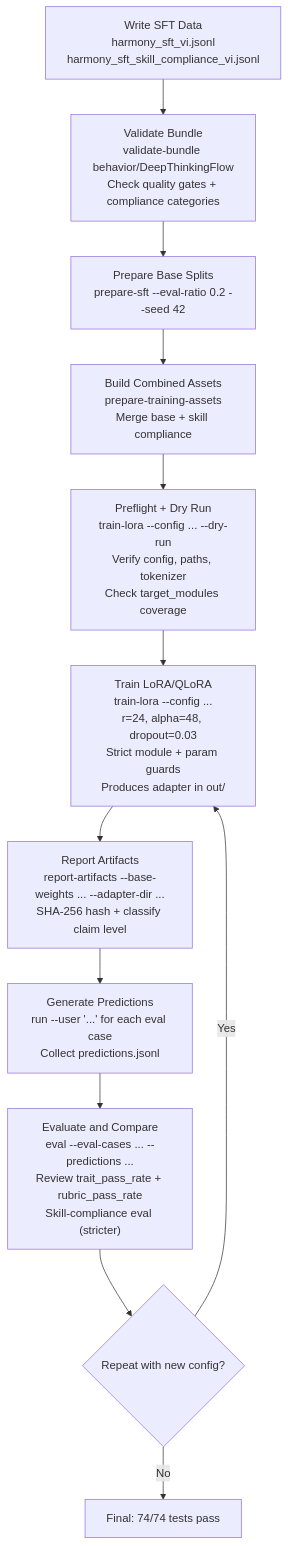
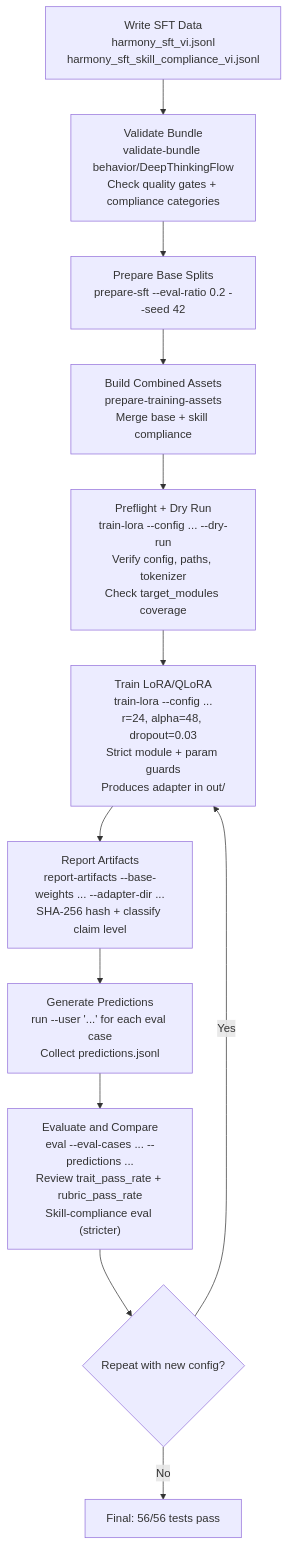
The ninth of 14 diagrams in README.md (DeepThinkingFlow/DeepThinkingFlow-AI), drawn with Mermaid before and after one commit. The commit also changed other lines of this file and 39 other files, not shown here.

````diff
--- a/README.md
+++ b/README.md
@@ -834,15 +828,15 @@
 ```mermaid
 flowchart TD
     A["Write SFT Data<br/>harmony_sft_vi.jsonl<br/>harmony_sft_skill_compliance_vi.jsonl"]
     A --> B["Validate Bundle<br/>validate-bundle behavior/DeepThinkingFlow<br/>Check quality gates + compliance categories"]
     B --> C["Prepare Base Splits<br/>prepare-sft --eval-ratio 0.2 --seed 42"]
     C --> D["Build Combined Assets<br/>prepare-training-assets<br/>Merge base + skill compliance"]
     D --> E["Preflight + Dry Run<br/>train-lora --config ... --dry-run<br/>Verify config, paths, tokenizer<br/>Check target_modules coverage"]
     E --> F["Train LoRA/QLoRA<br/>train-lora --config ...<br/>r=24, alpha=48, dropout=0.03<br/>Strict module + param guards<br/>Produces adapter in out/"]
     F --> G["Report Artifacts<br/>report-artifacts --base-weights ... --adapter-dir ...<br/>SHA-256 hash + classify claim level"]
     G --> H["Generate Predictions<br/>run --user '...' for each eval case<br/>Collect predictions.jsonl"]
     H --> I["Evaluate and Compare<br/>eval --eval-cases ... --predictions ...<br/>Review trait_pass_rate + rubric_pass_rate<br/>Skill-compliance eval (stricter)"]
     I --> J{"Repeat with new config?"}
     J -- Yes --> F
-    J -- No --> K["Final: 74/74 tests pass"]
+    J -- No --> K["Final: 56/56 tests pass"]
 ```
````
